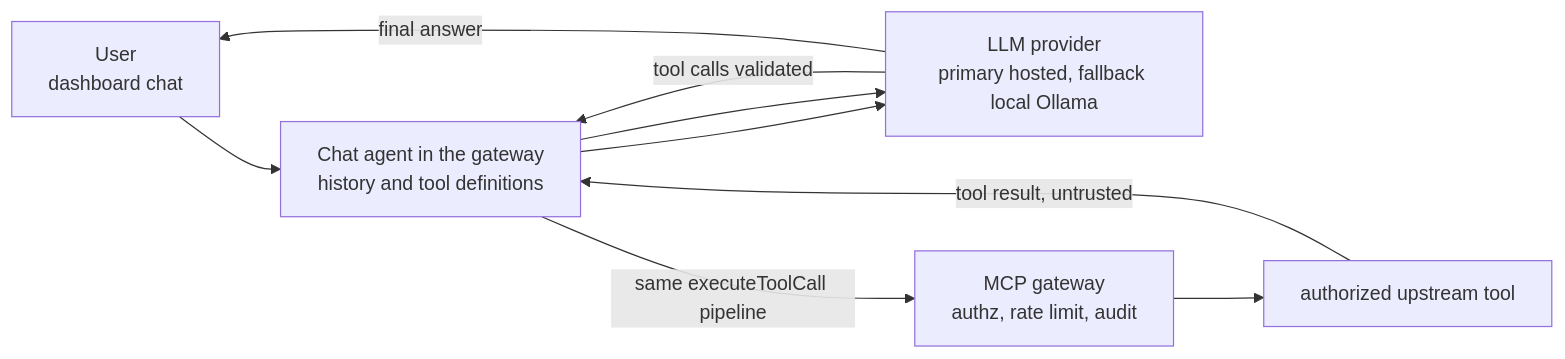
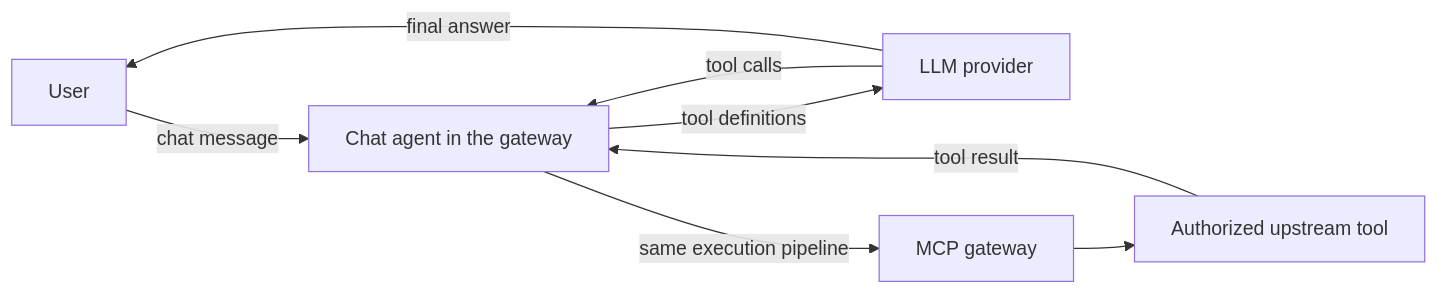
The second of 2 diagrams in README.md (ishaan-bits/woocommerce_mcp), drawn with Mermaid before and after one commit. The commit also changed other lines of this file, not shown here.

First line of the commit message:
docs: simplify README Mermaid diagrams to universally-renderable syntax

````diff
--- a/README.md
+++ b/README.md
@@ -63,11 +66,10 @@
 ```mermaid
 flowchart LR
-  U["User<br/>dashboard chat"] --> A["Chat agent in the gateway<br/>history and tool definitions"]
-  A --> P["LLM provider<br/>primary hosted, fallback local Ollama"]
-  P -->|tool calls validated| A
-  A -->|same executeToolCall pipeline| G["MCP gateway<br/>authz, rate limit, audit"]
-  G --> W["authorized upstream tool"]
-  W -->|tool result, untrusted| A
-  A --> P
+  U["User"] -->|chat message| A["Chat agent in the gateway"]
+  A -->|tool definitions| P["LLM provider"]
+  P -->|tool calls| A
+  A -->|same execution pipeline| G["MCP gateway"]
+  G --> W["Authorized upstream tool"]
+  W -->|tool result| A
   P -->|final answer| U
 ```
````
